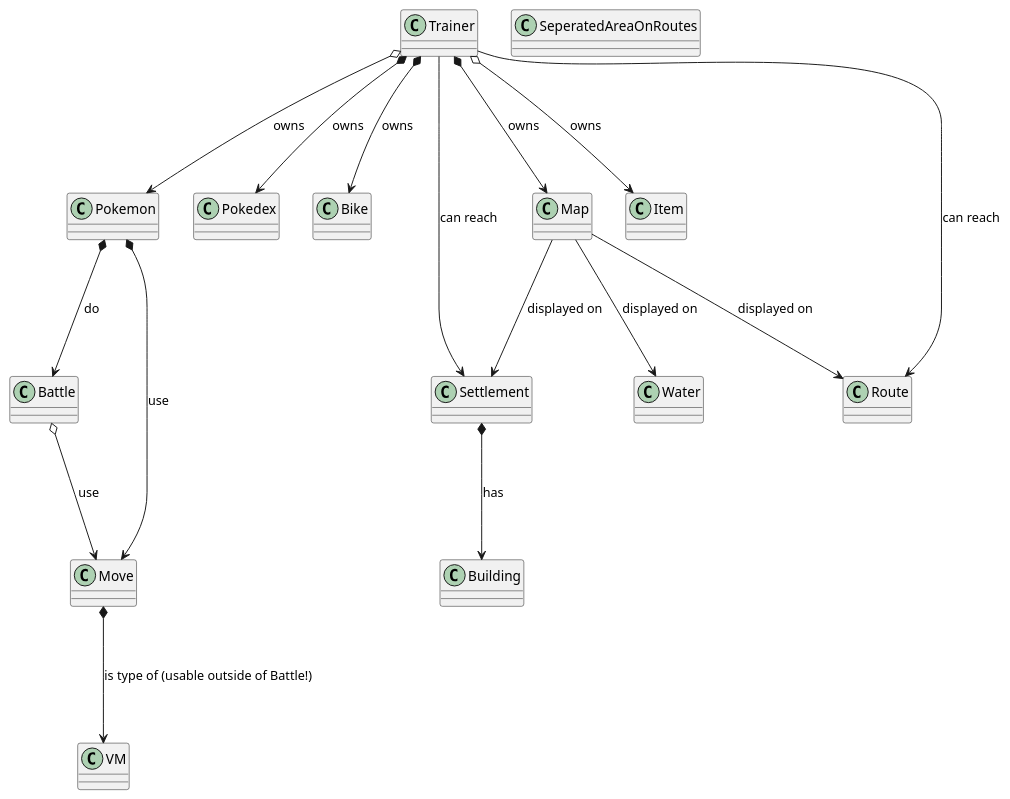
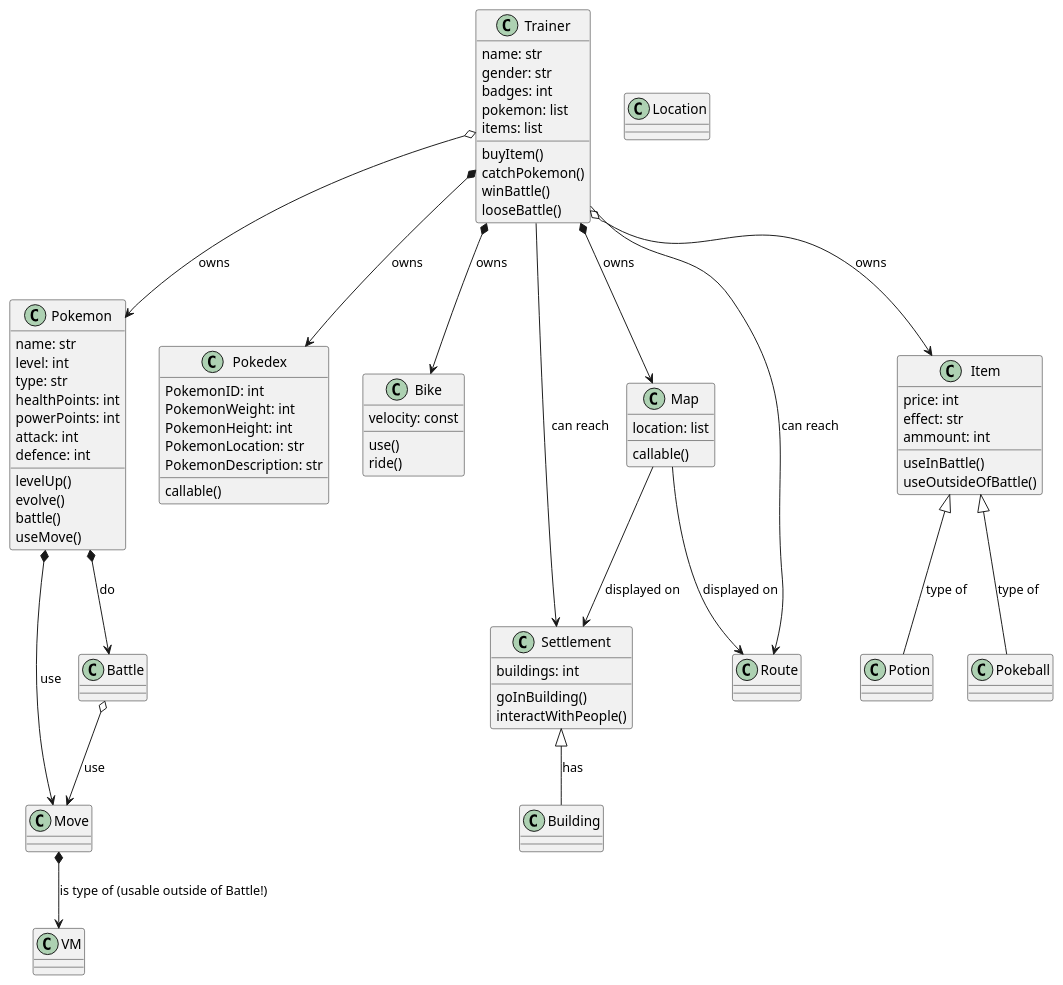
One commit to Silivanili/pokemonmodeling changed the diagram in Pokemonmodeling.puml. Above: the diagram before and after it, drawn with PlantUML. The commit also changed 1 other file, not shown here.

```diff
--- a/Pokemonmodeling.puml
+++ b/Pokemonmodeling.puml
@@ -1,63 +1,117 @@
 @startuml
 
-class Pokemon
+class Pokemon {
+    name: str
+    level: int
+    type: str
+    healthPoints: int
+    powerPoints: int
+    attack: int
+    defence: int
+    levelUp()
+    evolve()
+    battle()
+    useMove()
 
-class Battle
+}
 
-class Move
+class Pokedex {
+    PokemonID: int
+    PokemonWeight: int
+    PokemonHeight: int
+    PokemonLocation: str
+    PokemonDescription: str
+    callable()
 
-Class VM
 
-class Pokedex
+}
 
-class Trainer
+class Trainer {
+    name: str
+    gender: str 
+    badges: int
+    pokemon: list 
+    items: list 
+    buyItem()
+    catchPokemon()
+    winBattle()
+    looseBattle()
 
-class Bike 
+}
 
-class Settlement
+class Bike {
+    velocity: const
+    use()
+    ride()
 
-class SeperatedAreaOnRoutes
+}
+class Location {
 
-class Map
+}
 
-class Item
+
+class Settlement {
+    buildings: int 
+    goInBuilding()
+    interactWithPeople()
+
+}
+
+class Map {
+    location: list 
+    callable()
+
+}
+
+
+class Item {
+    price: int
+    effect: str 
+    ammount: int 
+    useInBattle()
+    useOutsideOfBattle()
+}
 
 class Building
 
 class Route
 
-class Water
+class Potion 
+
+class Pokeball
 
 
-Trainer o---> Pokemon: owns
+Trainer o--> Pokemon: owns
 
-Trainer o---> Item: owns
+Trainer o--> Item: owns
 
-Trainer *---> Map: owns
+Item <|-- Pokeball: type of 
 
-Trainer *---> Pokedex: owns
+Item <|-- Potion: type of 
 
-Trainer *---> Bike: owns
+Trainer *--> Map: owns
 
-Trainer ---> Settlement: can reach
+Trainer *--> Pokedex: owns
 
-Trainer ---> Route: can reach
+Trainer *--> Bike: owns
 
-Map ---> Settlement: displayed on
+Trainer --> Settlement: can reach
 
-Map ---> Route: displayed on 
+Trainer --> Route: can reach
 
-Map ---> Water: displayed on
+Map --> Settlement: displayed on
 
-Settlement *---> Building: has 
+Map --> Route: displayed on 
 
-Pokemon *---> Battle: do
+Settlement <|-- Building: has 
 
-Pokemon *---> Move: use 
+Pokemon *--> Battle: do
 
-Battle o---> Move: use
+Pokemon *--> Move: use 
 
-Move *---> VM: is type of (usable outside of Battle!)
+Battle o--> Move: use
+
+Move *--> VM: is type of (usable outside of Battle!)
 
 
 @enduml
```
